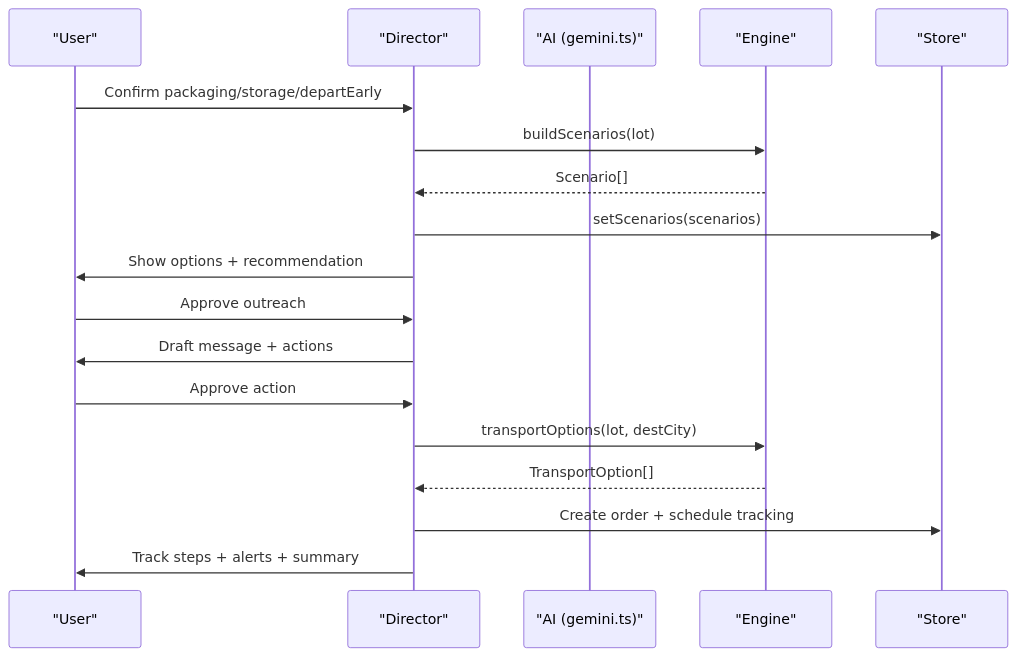
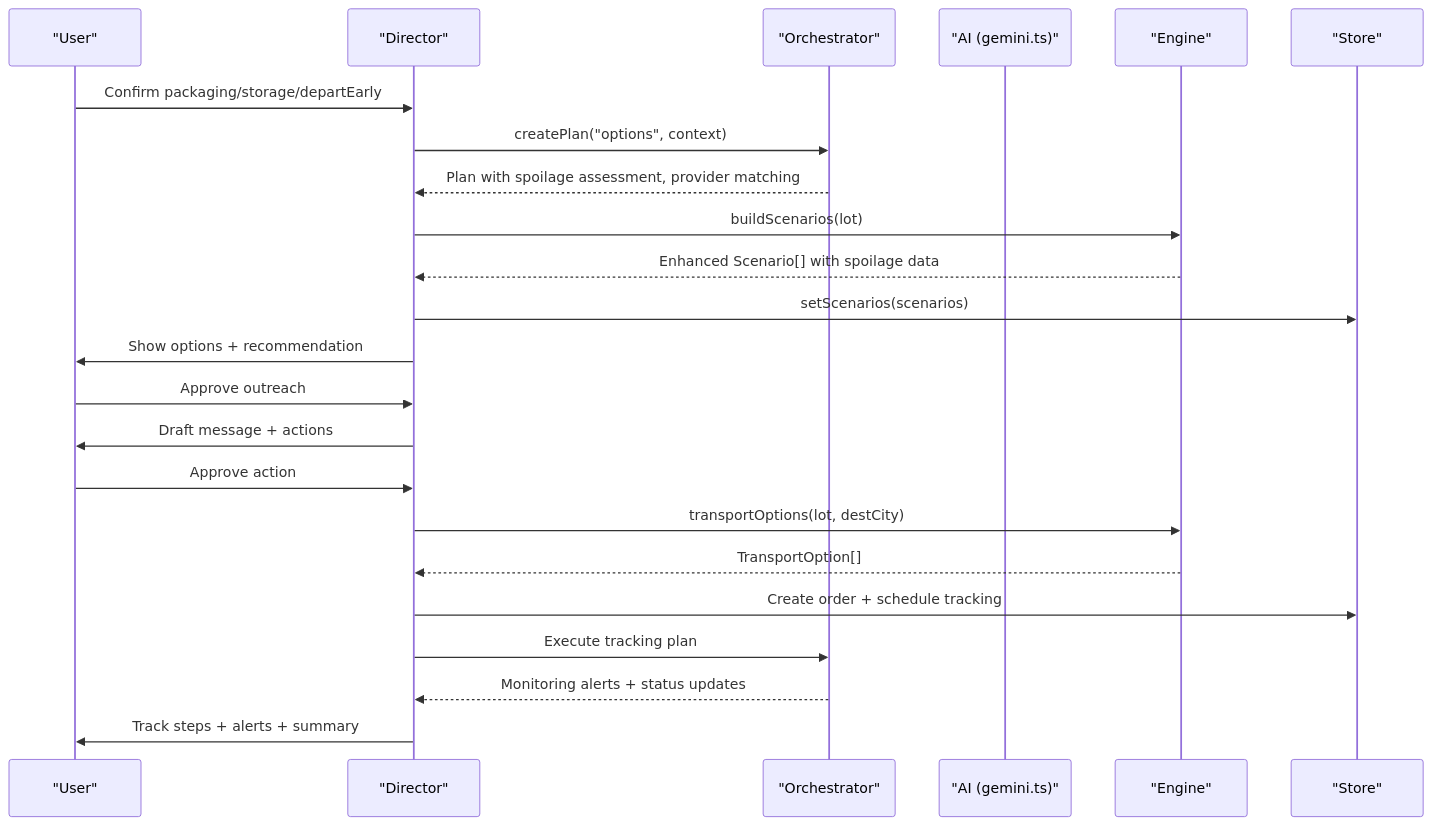
The eighth of 9 diagrams in .qoder/repowiki/en/content/Architecture Overview/Business Logic Layer.md (MudassarAbrar/FreshRoute-Ai), drawn with Mermaid before and after one commit. The commit also changed other lines of this file and 179 other files, not shown here.

````diff
--- a/.qoder/repowiki/en/content/Architecture Overview/Business Logic Layer.md
+++ b/.qoder/repowiki/en/content/Architecture Overview/Business Logic Layer.md
@@ -221,20 +506,25 @@
 ```mermaid
 sequenceDiagram
 participant U as "User"
 participant D as "Director"
+participant O as "Orchestrator"
 participant A as "AI (gemini.ts)"
 participant E as "Engine"
 participant S as "Store"
 U->>D : Confirm packaging/storage/departEarly
+D->>O : createPlan("options", context)
+O-->>D : Plan with spoilage assessment, provider matching
 D->>E : buildScenarios(lot)
-E-->>D : Scenario[]
+E-->>D : Enhanced Scenario[] with spoilage data
 D->>S : setScenarios(scenarios)
 D->>U : Show options + recommendation
 U->>D : Approve outreach
 D->>U : Draft message + actions
 U->>D : Approve action
 D->>E : transportOptions(lot, destCity)
 E-->>D : TransportOption[]
 D->>S : Create order + schedule tracking
+D->>O : Execute tracking plan
+O-->>D : Monitoring alerts + status updates
 D->>U : Track steps + alerts + summary
 ```
````
